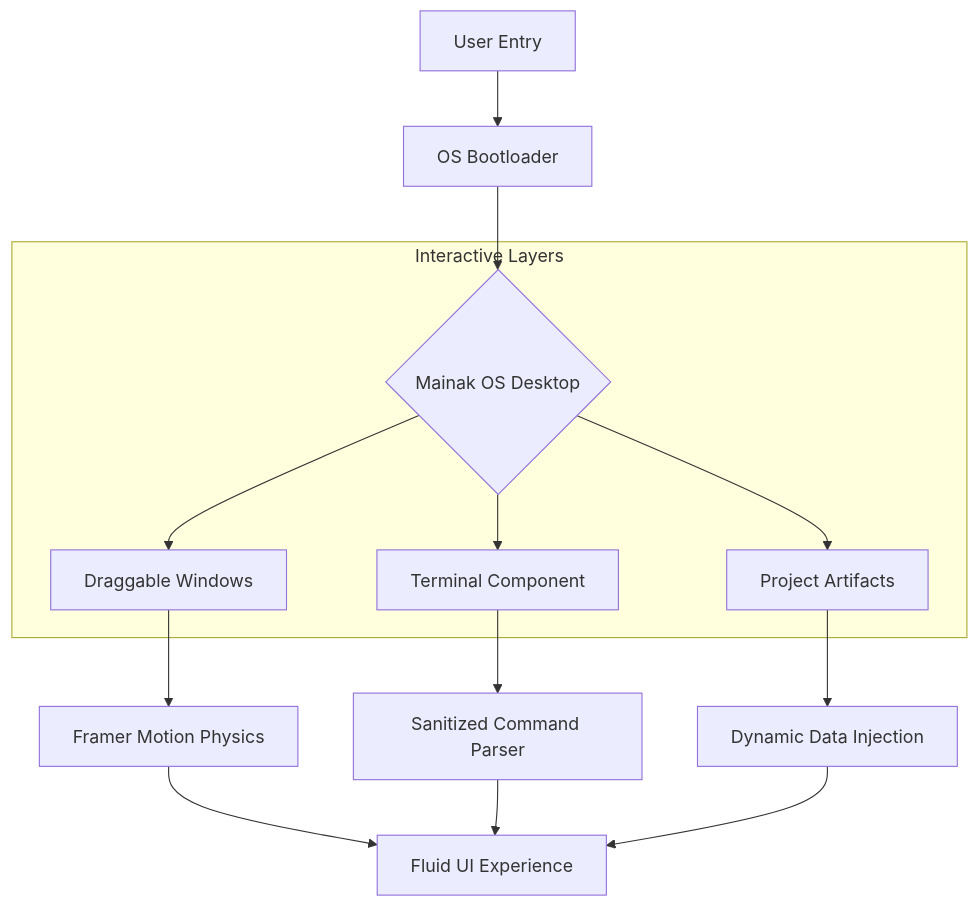
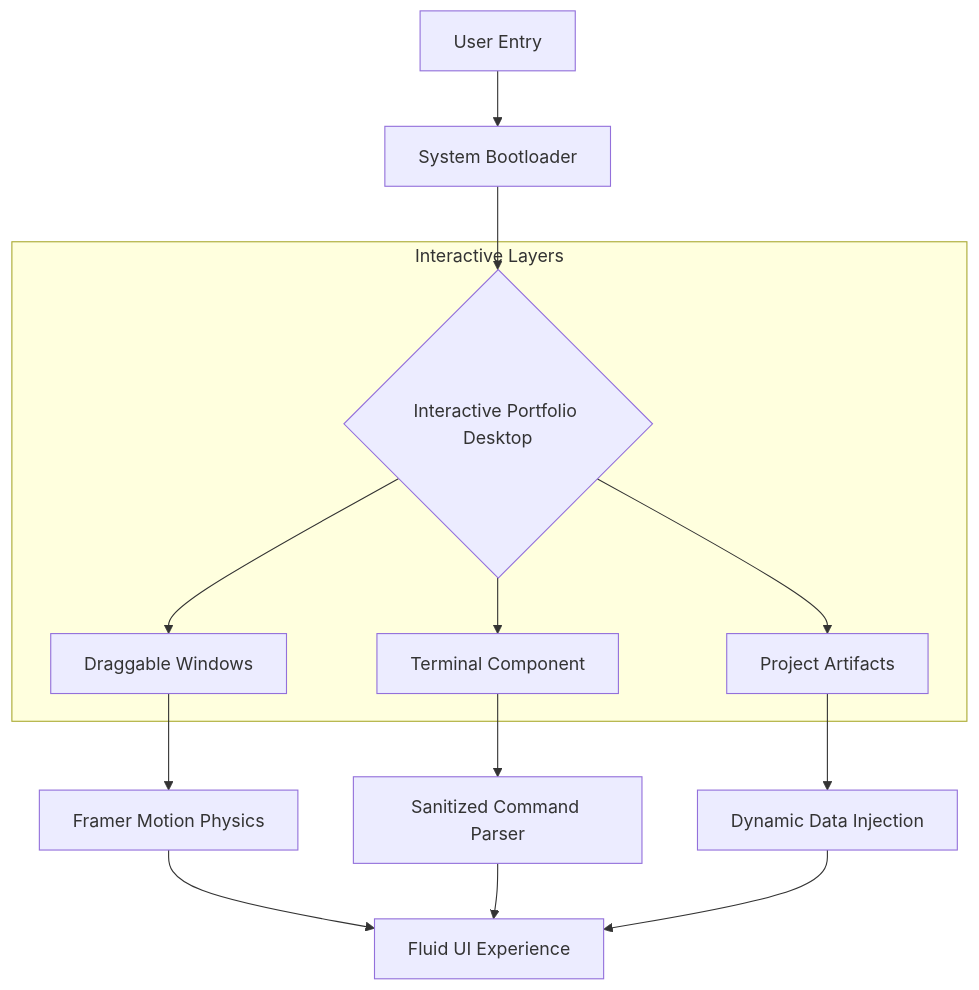
One commit to fs0cietyx/mainak-studio-v2 changed the diagram in README.md. Above: the diagram before and after it, drawn with Mermaid. The commit also changed other lines of this file and 1 other file, not shown here.

Commit message:
feat: rename project to Portfolio and add visual snapshot placeholders in README

````diff
--- a/README.md
+++ b/README.md
@@ -35,16 +50,16 @@
 ```mermaid
 graph TD
-    A[User Entry] --> B[OS Bootloader]
-    B --> C{Mainak OS Desktop}
+    A[User Entry] --> B[System Bootloader]
+    B --> C{Interactive Portfolio Desktop}
     subgraph "Interactive Layers"
     C --> D[Draggable Windows]
     C --> E[Terminal Component]
     C --> F[Project Artifacts]
     end
     D --> G[Framer Motion Physics]
     E --> H[Sanitized Command Parser]
     F --> I[Dynamic Data Injection]
     G --> J[Fluid UI Experience]
     H --> J
     I --> J
 ```
````
